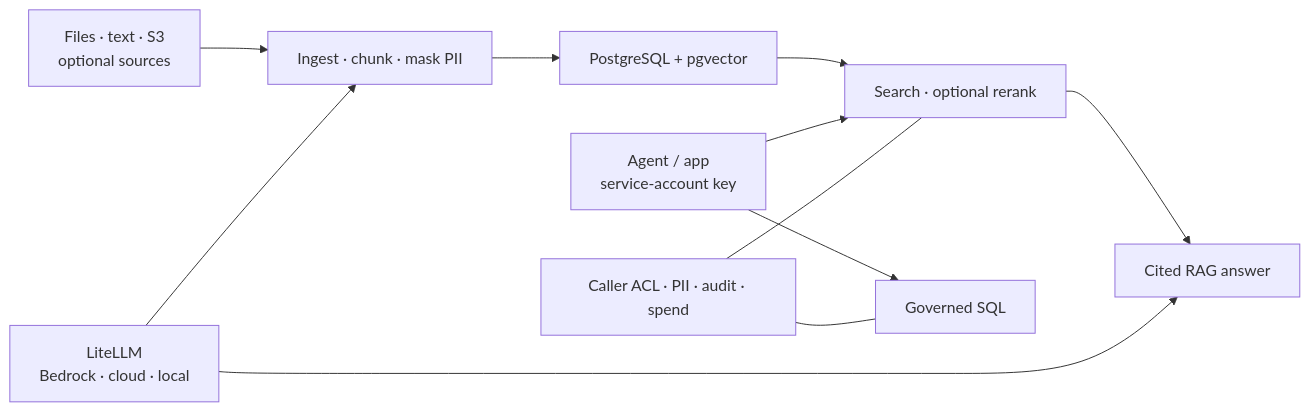
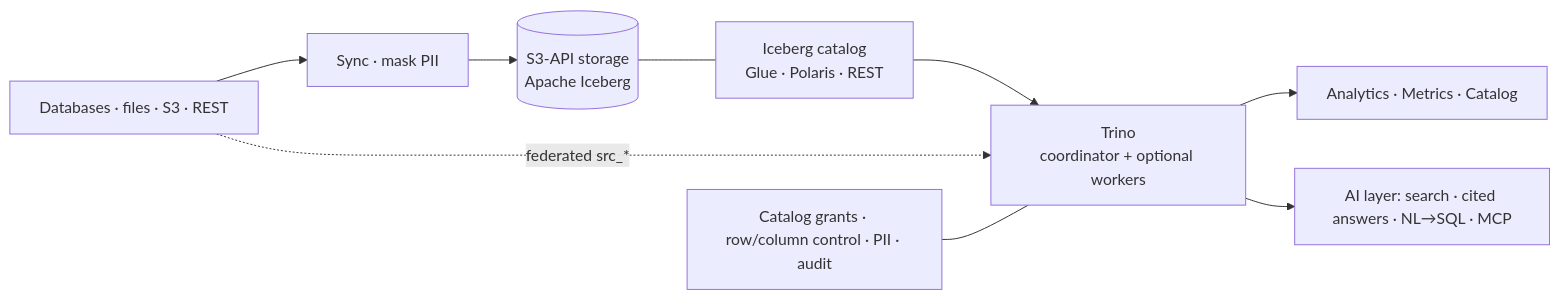
The first of 2 diagrams in README.md (lukesgood/datapond), drawn with Mermaid before and after one commit. The commit also changed other lines of this file and 11 other files, not shown here.

First line of the commit message:
docs: positioning v7 — a lightweight open lakehouse for small and mid-size teams on AWS (chart 2.6.0)

````diff
--- a/README.md
+++ b/README.md
@@ -26,13 +25,11 @@
 ```mermaid
 flowchart LR
-    SRC[Files · text · S3<br/>optional sources] --> ING[Ingest · chunk · mask PII]
-    ING --> VEC[PostgreSQL + pgvector]
-    VEC --> RET[Search · optional rerank]
-    RET --> RAG[Cited RAG answer]
-    AGENT[Agent / app<br/>service-account key] --> RET
-    AGENT --> SQL[Governed SQL]
-    GW[LiteLLM<br/>Bedrock · cloud · local] --> ING
-    GW --> RAG
-    GOV[Caller ACL · PII · audit · spend] --- RET
-    GOV --- SQL
+    SRC[Databases · files · S3 · REST] --> SYNC[Sync · mask PII]
+    SYNC --> LAKE[(S3-API storage<br/>Apache Iceberg)]
+    LAKE --- CAT[Iceberg catalog<br/>Glue · Polaris · REST]
+    CAT --> TRINO[Trino<br/>coordinator + optional workers]
+    SRC -. federated src_* .-> TRINO
+    TRINO --> USE[Analytics · Metrics · Catalog]
+    GOV[Catalog grants · row/column control · PII · audit] --- TRINO
+    TRINO --> AI[AI layer: search · cited answers · NL→SQL · MCP]
 ```
````
